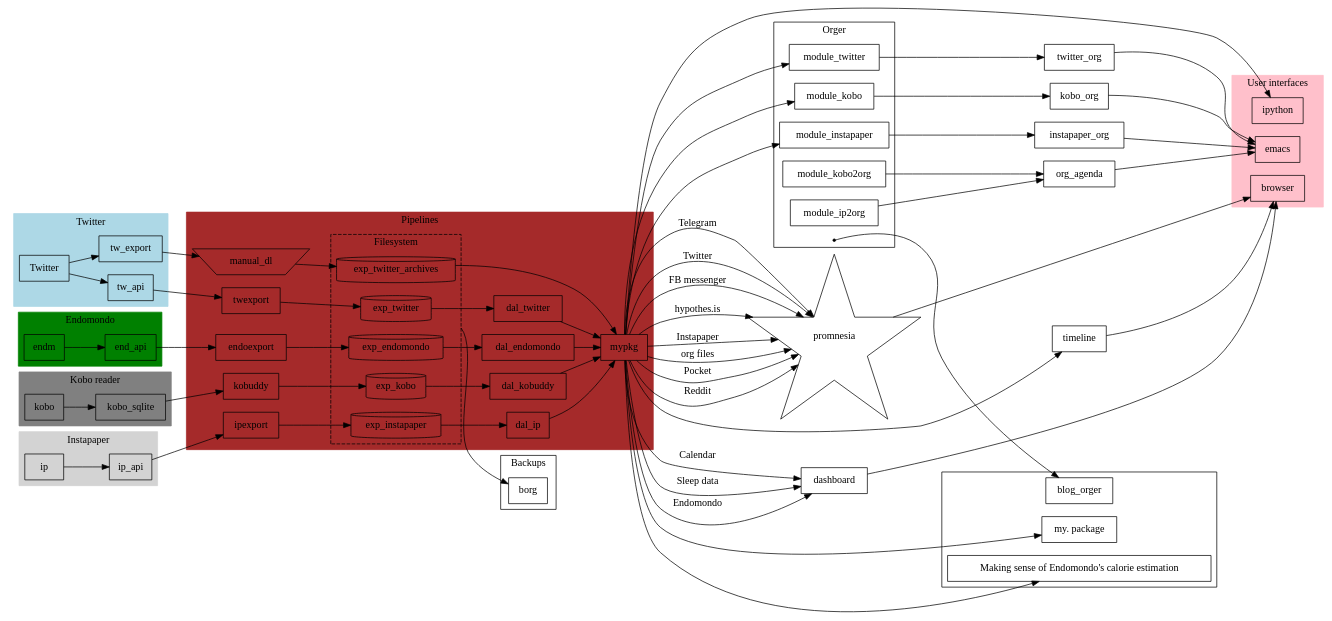
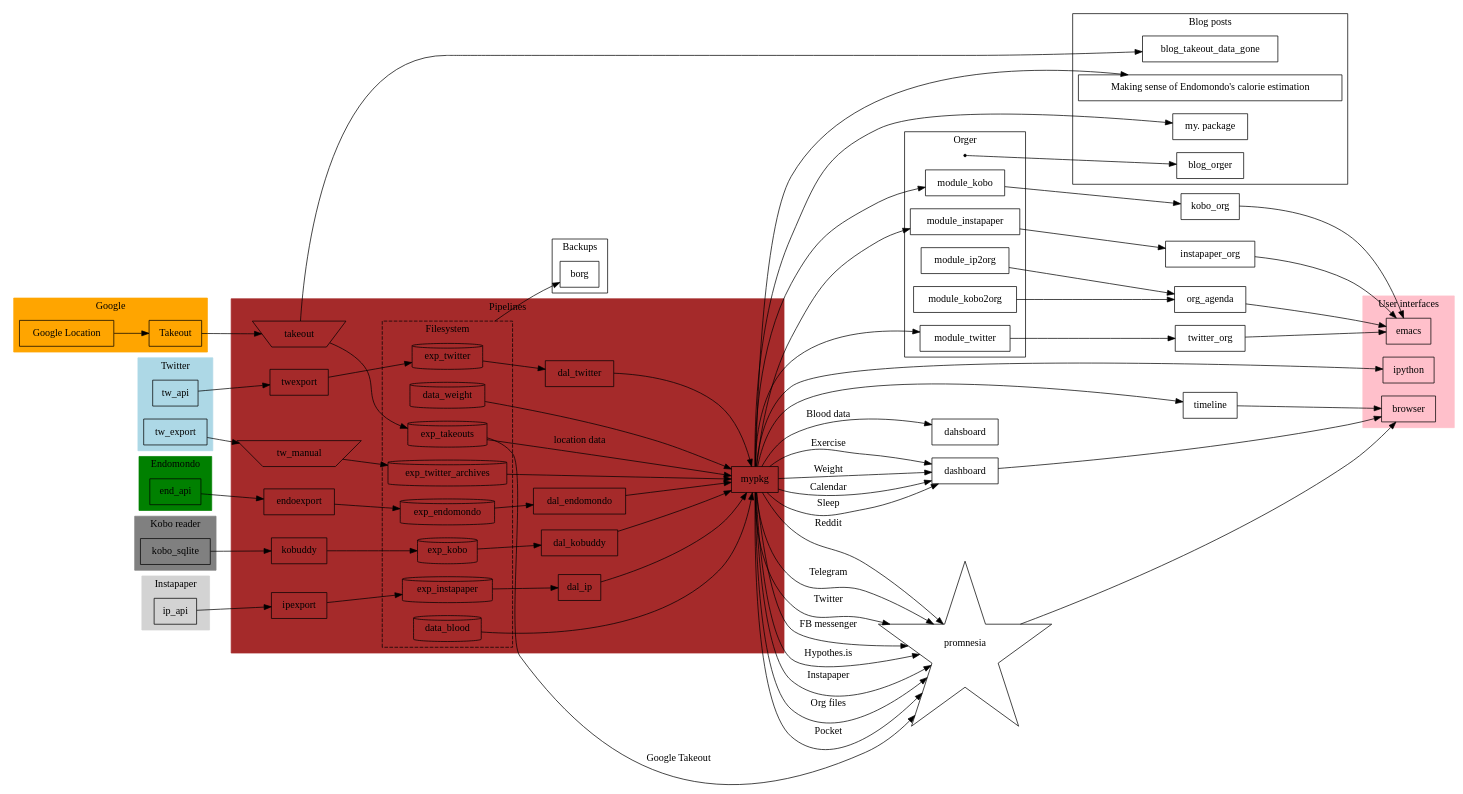
One commit to karlicoss/myinfra changed the diagram in infra.dot. Above: the diagram before and after it, drawn with Graphviz.

Commit message:
more; google data and blood/weight

```diff
--- a/infra.dot
+++ b/infra.dot
@@ -10,30 +10,37 @@
   rankdir="LR";
 
 
+subgraph cluster_google {
+  label="Google";
+  style=filled;
+  color=orange;
+  // rankdir="TB";  // eh? not working..
+
+  "Google Location";
+  # TODO "timeline" can be treated as poor man's api??
+  "Google Location" -> "Takeout";
+}
+# TODO eh, these extra nodes are useles..
+
 subgraph cluster_twittercom {
 	label="Twitter";
 	style=filled;
 	color=lightblue;
 	// node [style=filled,color=white];
 
-  tw [label = "Twitter"];
   tw_export;
   tw_api;
 	// a0 -> a1 -> a2 -> a3;
 }
-tw -> tw_api;
-tw -> tw_export;
 
 subgraph cluster_endomondo {
 	label="Endomondo";
   style=filled;
   color=green;
-  endm;
   end_api;
 	// node [style=filled];
 	// b0 -> b1 -> b2 -> b3;
 }
-endm -> end_api;
 
 # TODO indicate frequencies?
 
@@ -41,8 +48,7 @@
   label="Kobo reader";
   style=filled;
   color=gray;
-  kobo;
-  kobo -> kobo_sqlite;
+  kobo_sqlite;
 }
 
 # TODO also could show how data gets _into_ the services, i.e. clients?
@@ -51,10 +57,8 @@
   style=filled;
   color=lightgray;
 
-  ip;
   ip_api;
 }
-ip -> ip_api;
 
 
 # TODO hmm. how to still draw a frame around it?
@@ -63,6 +67,7 @@
   style=filled;
   color=brown;
 
+  # TODO more like 'cluster_fs'?
   # meh
   subgraph cluster_exports {
     node [shape=cylinder];
@@ -72,10 +77,16 @@
     color=black;
 
     exp_kobo;
+    exp_takeouts;
+    # TODO mention kython.ktakeout??
     exp_twitter_archives;
     exp_twitter;
     exp_endomondo;
     exp_instapaper;
+
+    data_weight;
+    data_blood;
+    # TODO mention manual inputs for these..
   }
 
 
@@ -83,9 +94,11 @@
   endoexport;
   ipexport;
 
-  manual_dl[shape=invtrapezium];
+  tw_manual[shape=invtrapezium];
+  takeout  [shape=invtrapezium];
 
-  tw_export   -> manual_dl  -> exp_twitter_archives;
+  "Takeout"   -> takeout    -> exp_takeouts;
+  tw_export   -> tw_manual  -> exp_twitter_archives;
   tw_api      -> twexport   -> exp_twitter;
 
   end_api     -> endoexport -> exp_endomondo;
@@ -94,14 +107,23 @@
   kobo_sqlite -> kobuddy    -> exp_kobo;
 
 
+  exp_takeouts                    -> mypkg [label="location data"];
   exp_twitter_archives            -> mypkg;
   exp_twitter    -> dal_twitter   -> mypkg;
   exp_endomondo  -> dal_endomondo -> mypkg;
   exp_instapaper -> dal_ip        -> mypkg;
 
   exp_kobo       -> dal_kobuddy   -> mypkg;
+  data_weight                     -> mypkg; # TODO mention orgparse
+  data_blood                      -> mypkg; # TODO mention orgparse
 
 }
+
+# TODO motivation for blood
+# I'm planning on tracking this for several decades, so providers will change
+
+# TODO could expand mypkg into separate files as well to demonstrate which data is consumed by what?
+
 # TODO mypkg is somewhat specific to my needs
 # TODO highlight that it's easy to hook to DAL 
 
@@ -109,6 +131,9 @@
 # TODO instead have twexport on edges? ultimately not that much difference..
 
 # TODO position borg above
+
+# TODO indicate stuff that is 'inactive' and not used anymore
+# TODO e.g. vk.com pipelines
 
 # TODO svg output with links
 subgraph cluster_backups {
@@ -172,17 +197,21 @@
 mypkg -> timeline;
 
 mypkg -> dashboard [label="Calendar"];
-mypkg -> dashboard [label="Sleep data"];
-mypkg -> dashboard [label="Endomondo"];
+mypkg -> dashboard [label="Sleep"];
+mypkg -> dashboard [label="Exercise"];
+# TODO perhaps I need HR provider?
+mypkg -> dahsboard [label="Blood data"];
+mypkg -> dashboard [label="Weight"];
 
 
 promnesia [shape=star];
 
 
 mypkg -> promnesia [label="FB messenger"];
-mypkg -> promnesia [label="hypothes.is" ];
+exp_takeouts -> promnesia [label="Google Takeout"];
+mypkg -> promnesia [label="Hypothes.is" ];
 mypkg -> promnesia [label="Instapaper"  ];
-mypkg -> promnesia [label="org files"   ];
+mypkg -> promnesia [label="Org files"   ];
 mypkg -> promnesia [label="Pocket"      ];
 mypkg -> promnesia [label="Reddit"      ];
 # TODO show missing links? like HN
@@ -207,6 +236,7 @@
 # TODO position below all
 
 subgraph cluster_blog {
+  label="Blog posts";
   blog_hb_kcals [
     label="Making sense of Endomondo's calorie estimation";
     URL="https://beepb00p.xyz/heartbeats_vs_kcals.html";
@@ -216,14 +246,16 @@
     URL="https://beepb00p.xyz/mypkg.html";
   ];
   blog_orger;
+  blog_takeout_data_gone;
 }
 # TODO https://beepb00p.xyz/takeout-data-gone.html
 
 # TODO use different line styles...
 # TODO pipelines could link to sad state
 orger_point -> blog_orger;
-mypkg -> blog_hb_kcals;
-mypkg -> blog_mypkg;
+mypkg       -> blog_hb_kcals;
+mypkg       -> blog_mypkg;
+takeout     -> blog_takeout_data_gone;
 // 
 
 }
```
